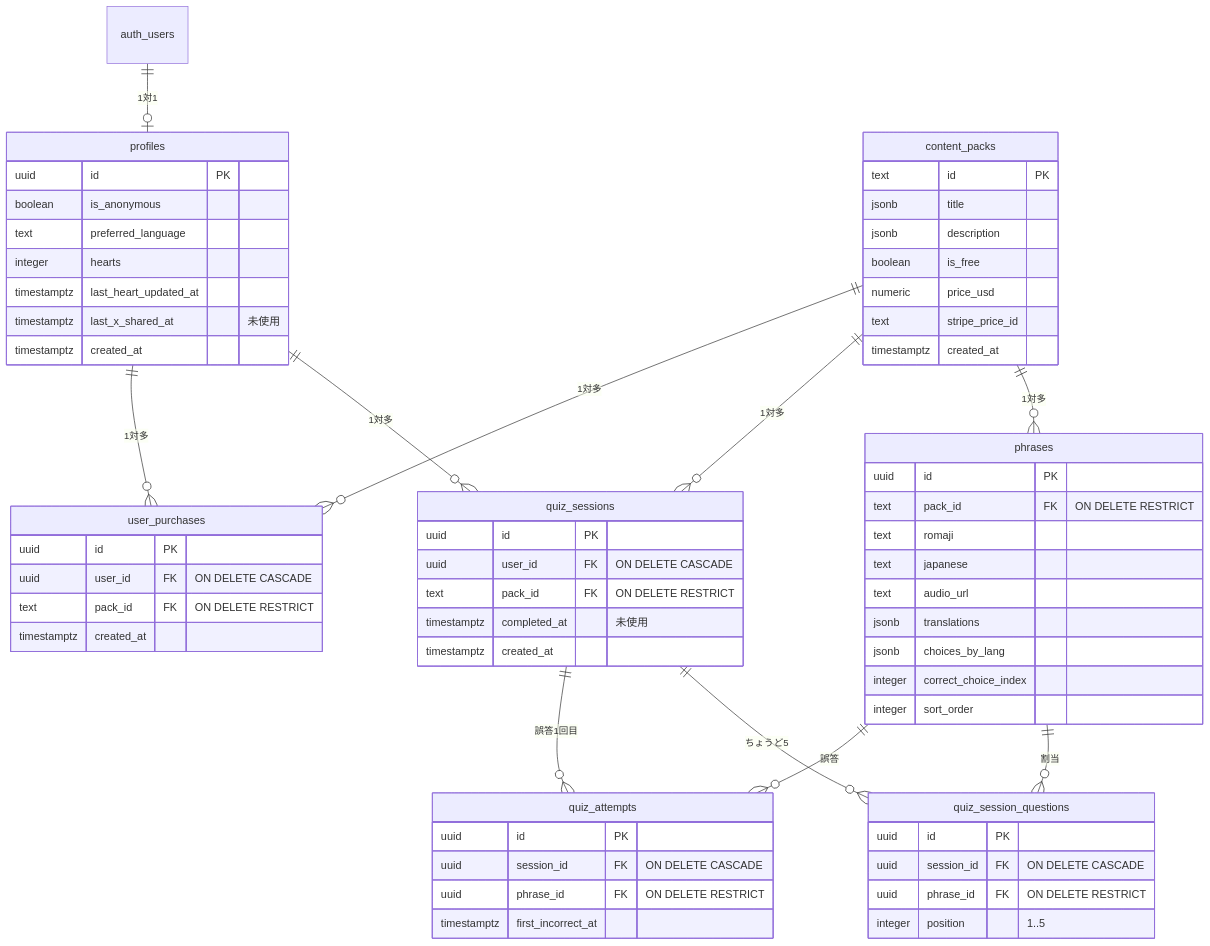
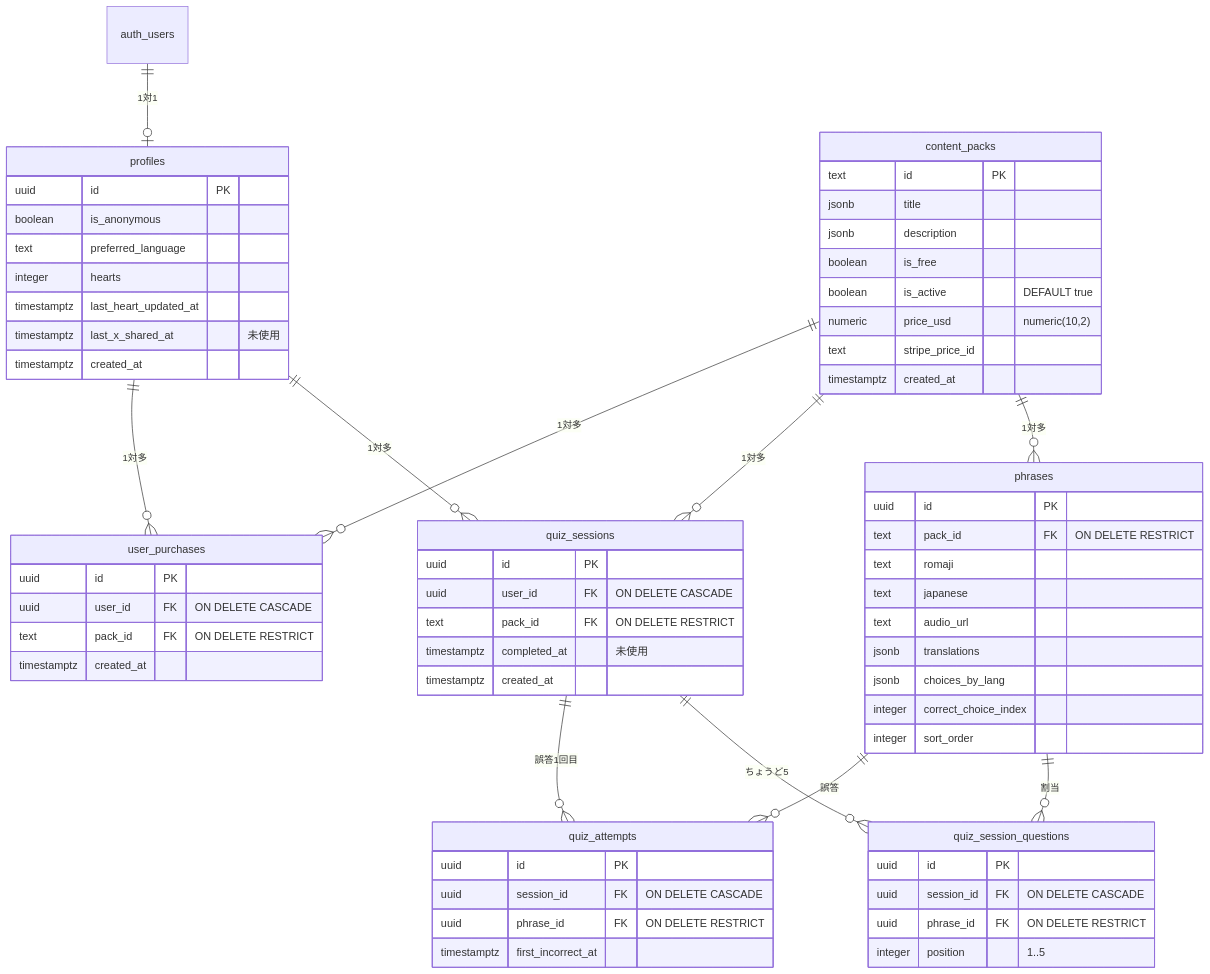
Before and after one commit to atosantasan/japanki: the diagram in docs/design/4_db_schema.md, drawn with Mermaid. The commit also changed other lines of this file and 15 other files, not shown here.

````diff
--- a/docs/design/4_db_schema.md
+++ b/docs/design/4_db_schema.md
@@ -34,74 +36,75 @@
 ```mermaid
 erDiagram
     auth_users ||--o| profiles : "1対1"
     content_packs ||--o{ phrases : "1対多"
     content_packs ||--o{ quiz_sessions : "1対多"
     content_packs ||--o{ user_purchases : "1対多"
     profiles ||--o{ quiz_sessions : "1対多"
     profiles ||--o{ user_purchases : "1対多"
     quiz_sessions ||--o{ quiz_session_questions : "ちょうど5"
     quiz_sessions ||--o{ quiz_attempts : "誤答1回目"
     phrases ||--o{ quiz_session_questions : "割当"
     phrases ||--o{ quiz_attempts : "誤答"
 
     profiles {
         uuid id PK
         boolean is_anonymous
         text preferred_language
         integer hearts
         timestamptz last_heart_updated_at
         timestamptz last_x_shared_at "未使用"
         timestamptz created_at
     }
 
     content_packs {
         text id PK
         jsonb title
         jsonb description
         boolean is_free
-        numeric price_usd
+        boolean is_active "DEFAULT true"
+        numeric price_usd "numeric(10,2)"
         text stripe_price_id
         timestamptz created_at
     }
 
     phrases {
         uuid id PK
         text pack_id FK "ON DELETE RESTRICT"
         text romaji
         text japanese
         text audio_url
         jsonb translations
         jsonb choices_by_lang
         integer correct_choice_index
         integer sort_order
     }
 
     quiz_sessions {
         uuid id PK
         uuid user_id FK "ON DELETE CASCADE"
         text pack_id FK "ON DELETE RESTRICT"
         timestamptz completed_at "未使用"
         timestamptz created_at
     }
 
     quiz_session_questions {
         uuid id PK
         uuid session_id FK "ON DELETE CASCADE"
         uuid phrase_id FK "ON DELETE RESTRICT"
         integer position "1..5"
     }
 
     quiz_attempts {
         uuid id PK
         uuid session_id FK "ON DELETE CASCADE"
         uuid phrase_id FK "ON DELETE RESTRICT"
         timestamptz first_incorrect_at
     }
 
     user_purchases {
         uuid id PK
         uuid user_id FK "ON DELETE CASCADE"
         text pack_id FK "ON DELETE RESTRICT"
         timestamptz created_at
     }
 ```
````
